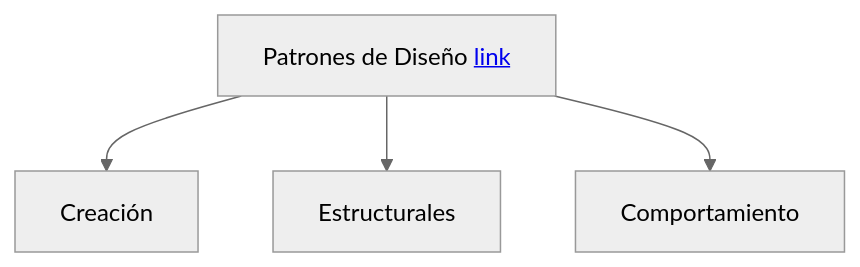
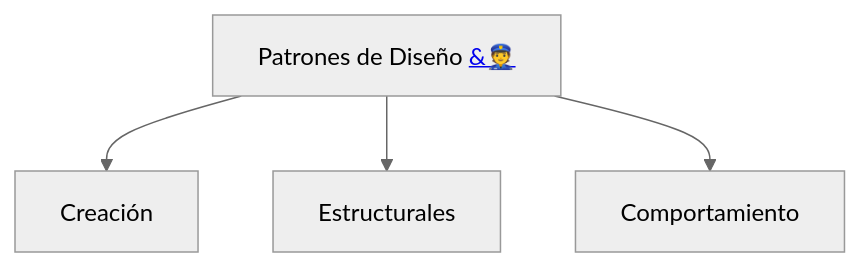
The diagram in Readme.md (crodrigr/arquitectura-software), drawn with Mermaid (neutral theme) before and after one commit.

````diff
--- a/Readme.md
+++ b/Readme.md
@@ -95,8 +95,8 @@
 ```mermaid
 flowchart TD
-    A[Patrones de Diseño <a href='https://www.youtube.com/watch?v=cwfuydUHZ7o&list=PLvimn1Ins-41Uiugt1WbpyFo1XT1WOquL&index=1'>link</a>] --> B[Creación]
+    A[Patrones de Diseño <a href='https://www.youtube.com/watch?v=cwfuydUHZ7o&list=PLvimn1Ins-41Uiugt1WbpyFo1XT1WOquL&index=1'>&#128110;</a>] --> B[Creación]
     A -->C[Estructurales]
     A -->D[Comportamiento]
     
     
 ```
````
